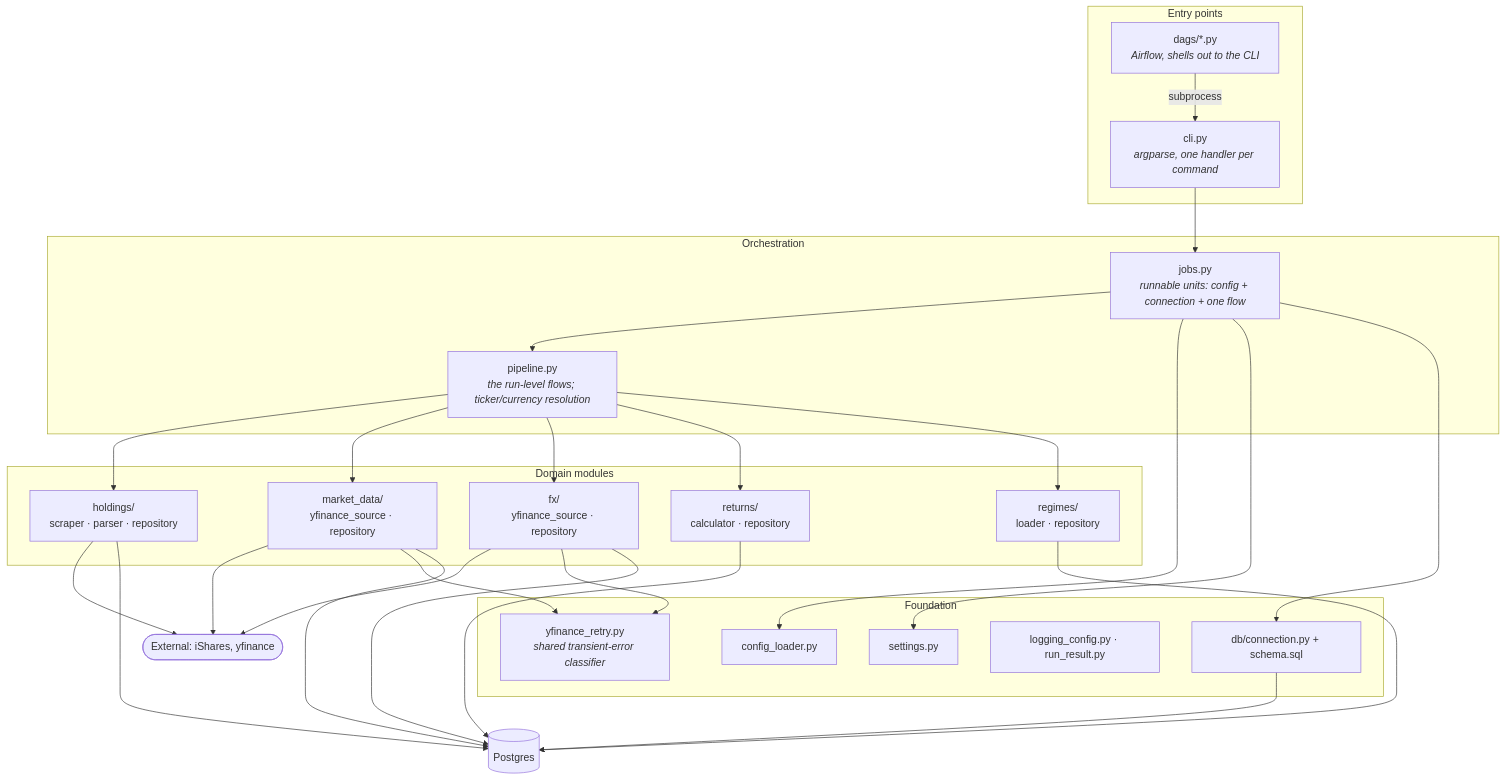
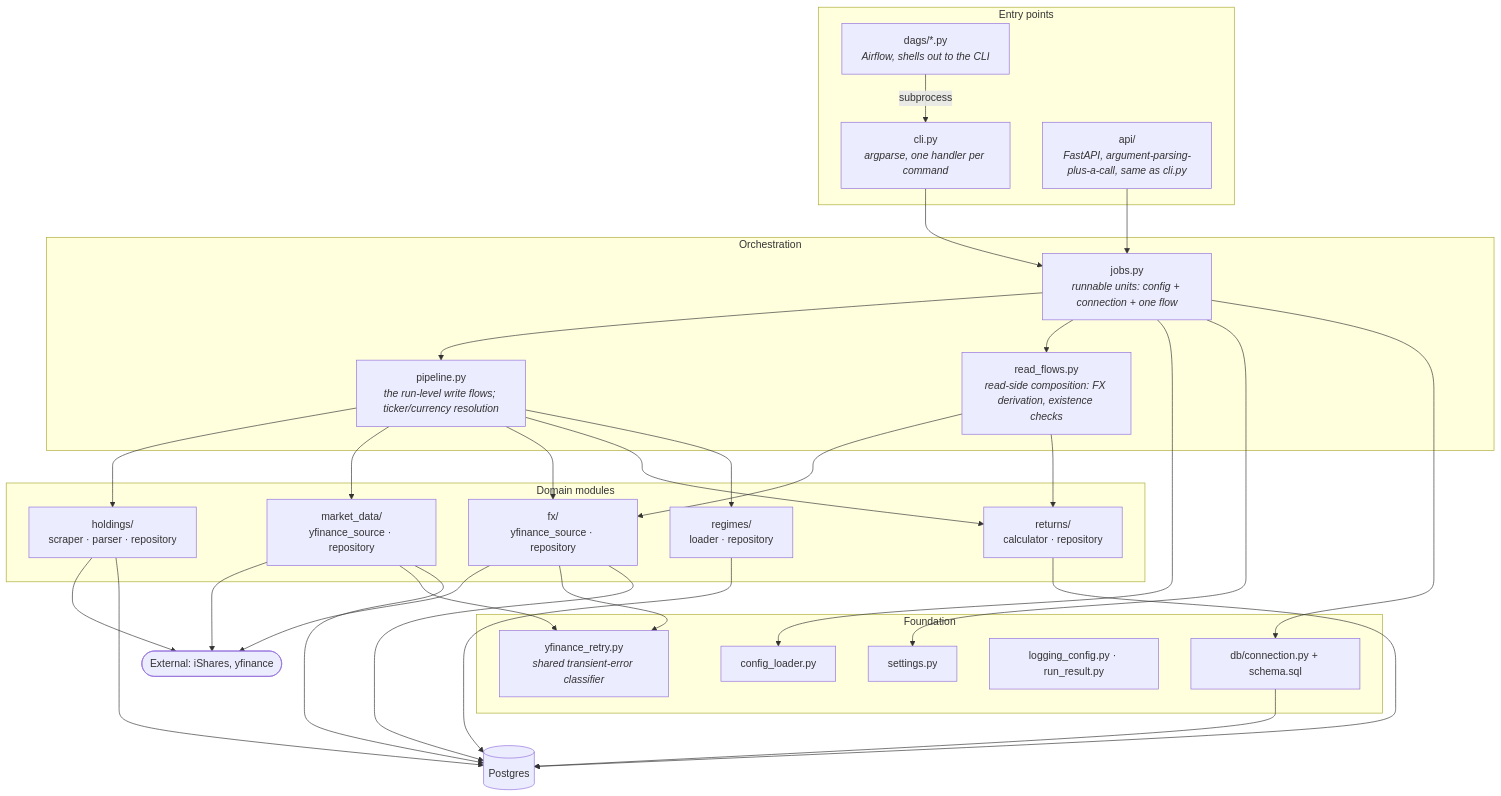
Before and after one commit to jpedropereira/Stakehold: the first of 4 diagrams in services/data-store/docs/architecture.md, drawn with Mermaid. The commit also changed other lines of this file and 32 other files, not shown here.

First line of the commit message:
Add data-store read API for cross-service price/FX/ticker queries

````diff
--- a/services/data-store/docs/architecture.md
+++ b/services/data-store/docs/architecture.md
@@ -37,54 +37,60 @@
 ```mermaid
 flowchart TD
     subgraph entry["Entry points"]
         CLI["cli.py<br/><i>argparse, one handler per command</i>"]
         DAGS["dags/*.py<br/><i>Airflow, shells out to the CLI</i>"]
+        API["api/<br/><i>FastAPI, argument-parsing-plus-a-call, same as cli.py</i>"]
     end
 
     subgraph orch["Orchestration"]
         JOBS["jobs.py<br/><i>runnable units: config + connection + one flow</i>"]
-        PIPE["pipeline.py<br/><i>the run-level flows; ticker/currency resolution</i>"]
+        PIPE["pipeline.py<br/><i>the run-level write flows; ticker/currency resolution</i>"]
+        READ["read_flows.py<br/><i>read-side composition: FX derivation, existence checks</i>"]
     end
 
     subgraph domain["Domain modules"]
         HOLD["holdings/<br/>scraper · parser · repository"]
         MKT["market_data/<br/>yfinance_source · repository"]
         FX["fx/<br/>yfinance_source · repository"]
         RET["returns/<br/>calculator · repository"]
         REG["regimes/<br/>loader · repository"]
     end
 
     subgraph found["Foundation"]
         CONF["config_loader.py"]
         SET["settings.py"]
         DB["db/connection.py + schema.sql"]
         LOG["logging_config.py · run_result.py"]
         RETRY["yfinance_retry.py<br/><i>shared transient-error classifier</i>"]
     end
 
     PG[("Postgres")]
     EXT(["External: iShares, yfinance"])
 
     DAGS -->|subprocess| CLI
     CLI --> JOBS
+    API --> JOBS
     JOBS --> PIPE
+    JOBS --> READ
     JOBS --> CONF
     JOBS --> SET
     JOBS --> DB
     PIPE --> HOLD
     PIPE --> MKT
     PIPE --> FX
     PIPE --> RET
     PIPE --> REG
+    READ --> FX
+    READ --> RET
     HOLD --> EXT
     MKT --> EXT
     FX --> EXT
     MKT --> RETRY
     FX --> RETRY
     HOLD --> PG
     MKT --> PG
     FX --> PG
     RET --> PG
     REG --> PG
     DB --> PG
 ```
````
